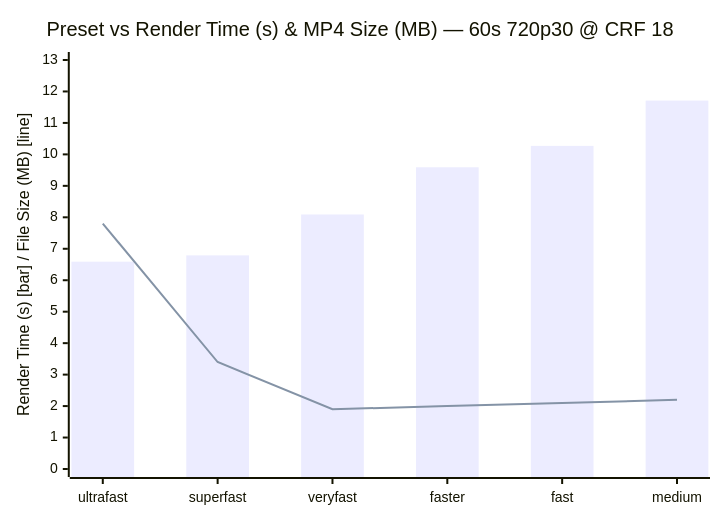
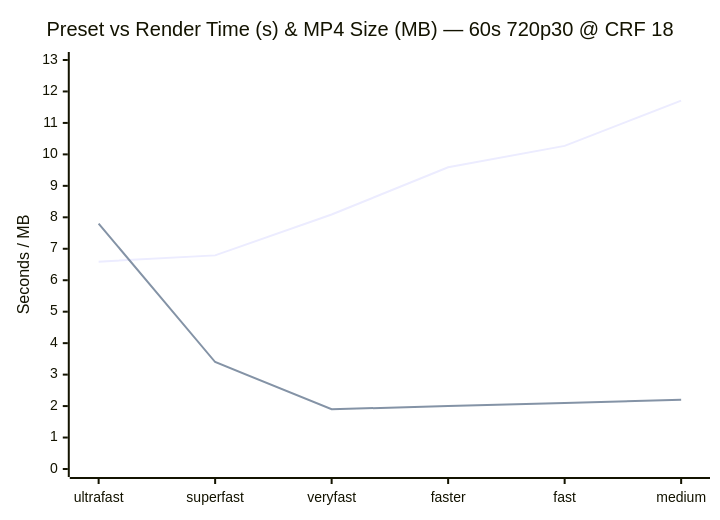
One commit to sharriffajar/rustren changed the diagram in README.md. Above: the diagram before and after it, drawn with Mermaid.

Commit message:
docs(readme): use dual line chart for preset scaling curve

````diff
--- a/README.md
+++ b/README.md
@@ -33,8 +33,8 @@
 ```mermaid
 xychart-beta
     title "Preset vs Render Time (s) & MP4 Size (MB) — 60s 720p30 @ CRF 18"
     x-axis [ultrafast, superfast, veryfast, faster, fast, medium]
-    y-axis "Render Time (s) [bar]  /  File Size (MB) [line]" 0 --> 13
-    bar [6.59, 6.79, 8.09, 9.59, 10.27, 11.71]
+    y-axis "Seconds / MB" 0 --> 13
+    line [6.59, 6.79, 8.09, 9.59, 10.27, 11.71]
     line [7.8, 3.4, 1.9, 2.0, 2.1, 2.2]
 ```
````
